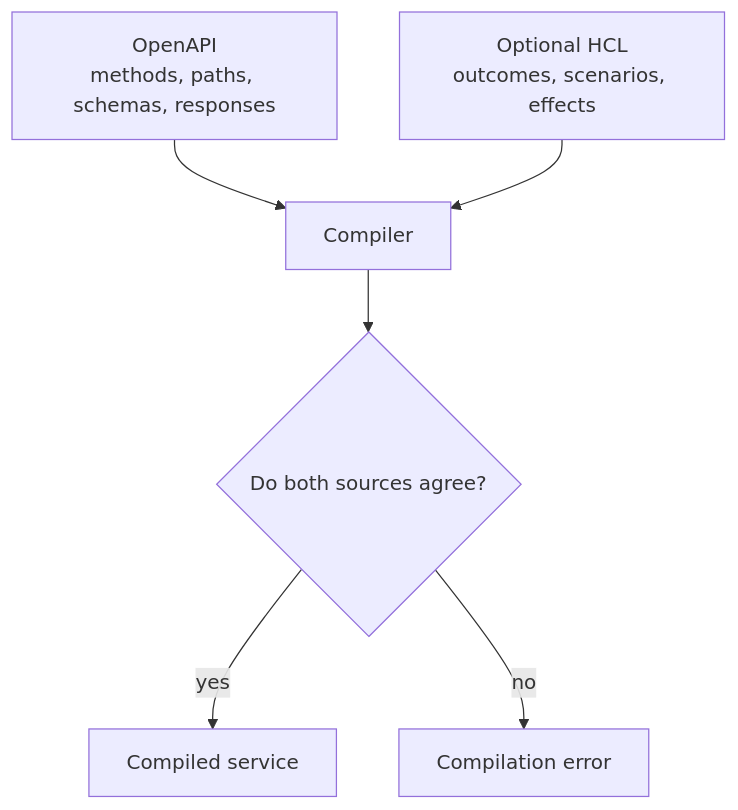
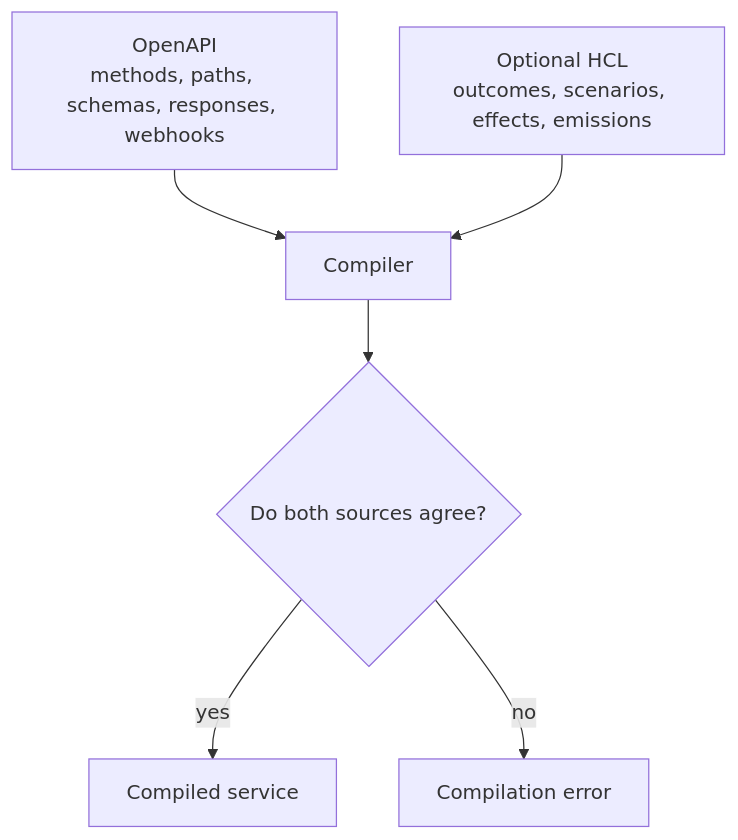
One commit to inttegro/simile changed the diagram in docs/openapi-and-hcl.md. Above: the diagram before and after it, drawn with Mermaid. The commit also changed other lines of this file and 73 other files, not shown here.

````diff
--- a/docs/openapi-and-hcl.md
+++ b/docs/openapi-and-hcl.md
@@ -15,8 +15,8 @@
 ```mermaid
 flowchart TD
-  OpenAPI[OpenAPI\nmethods, paths, schemas, responses] --> Compiler
-  HCL[Optional HCL\noutcomes, scenarios, effects] --> Compiler
+  OpenAPI[OpenAPI\nmethods, paths, schemas, responses, webhooks] --> Compiler
+  HCL[Optional HCL\noutcomes, scenarios, effects, emissions] --> Compiler
   Compiler --> Check{Do both sources agree?}
   Check -->|yes| Artifact[Compiled service]
   Check -->|no| Failure[Compilation error]
 ```
````
